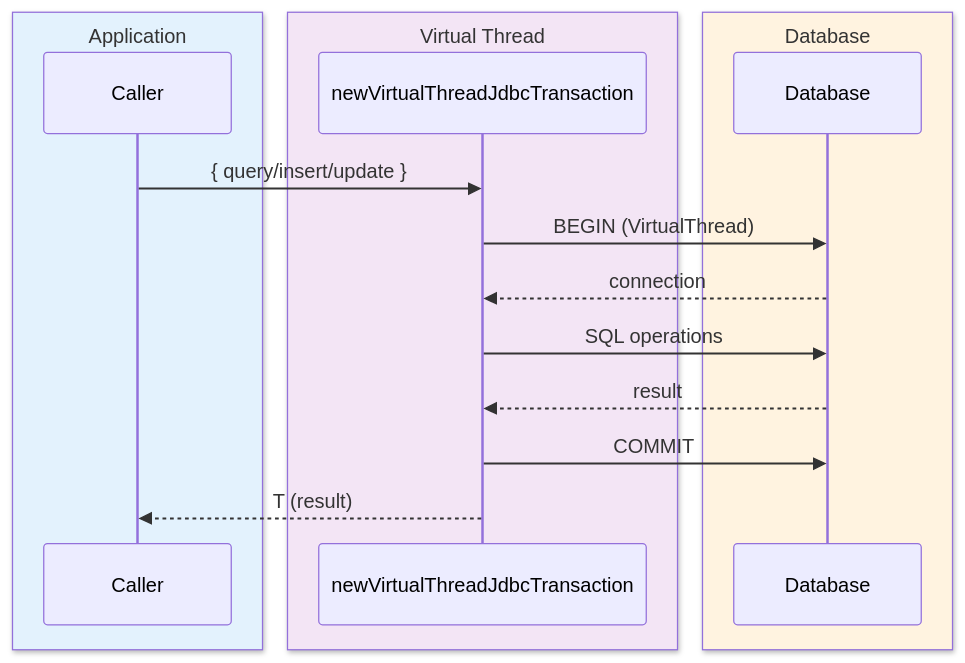
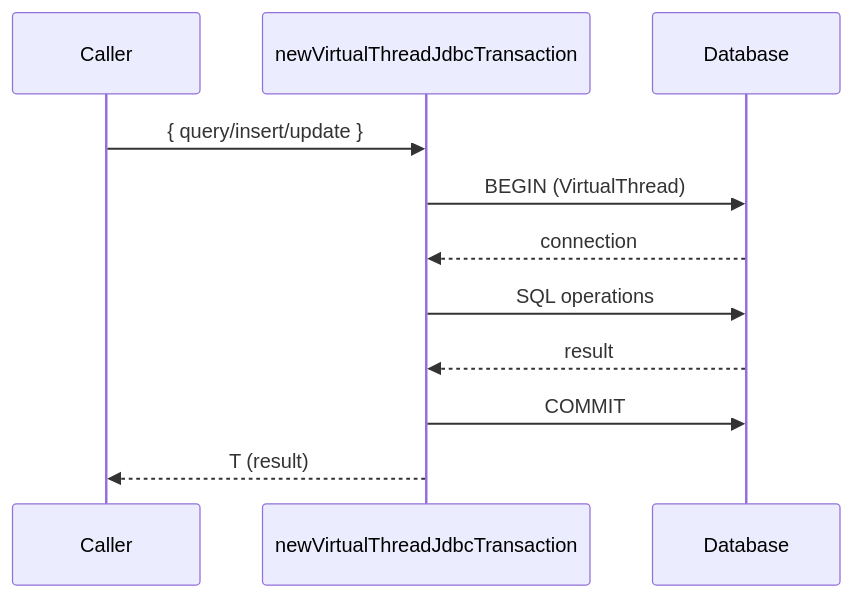
One commit to bluetape4k/bluetape4k-projects changed the second of 6 diagrams in data/exposed-jdbc/README.md. Above: the diagram before and after it, drawn with Mermaid. The commit also changed other lines of this file and 219 other files, not shown here.

First line of the commit message:
docs: 전체 README Mermaid 다이어그램 가이드 적용

````diff
--- a/data/exposed-jdbc/README.md
+++ b/data/exposed-jdbc/README.md
@@ -436,20 +436,14 @@
 ```mermaid
 sequenceDiagram
-    box rgb(227, 242, 253) Application
         participant Caller
-    end
-    box rgb(243, 229, 245) Virtual Thread
         participant VT as newVirtualThreadJdbcTransaction
-    end
-    box rgb(255, 243, 224) Database
         participant DB as Database
-    end
 
     Caller->>VT: { query/insert/update }
     VT->>DB: BEGIN (VirtualThread)
     DB-->>VT: connection
     VT->>DB: SQL operations
     DB-->>VT: result
     VT->>DB: COMMIT
     VT-->>Caller: T (result)
 ```
````
